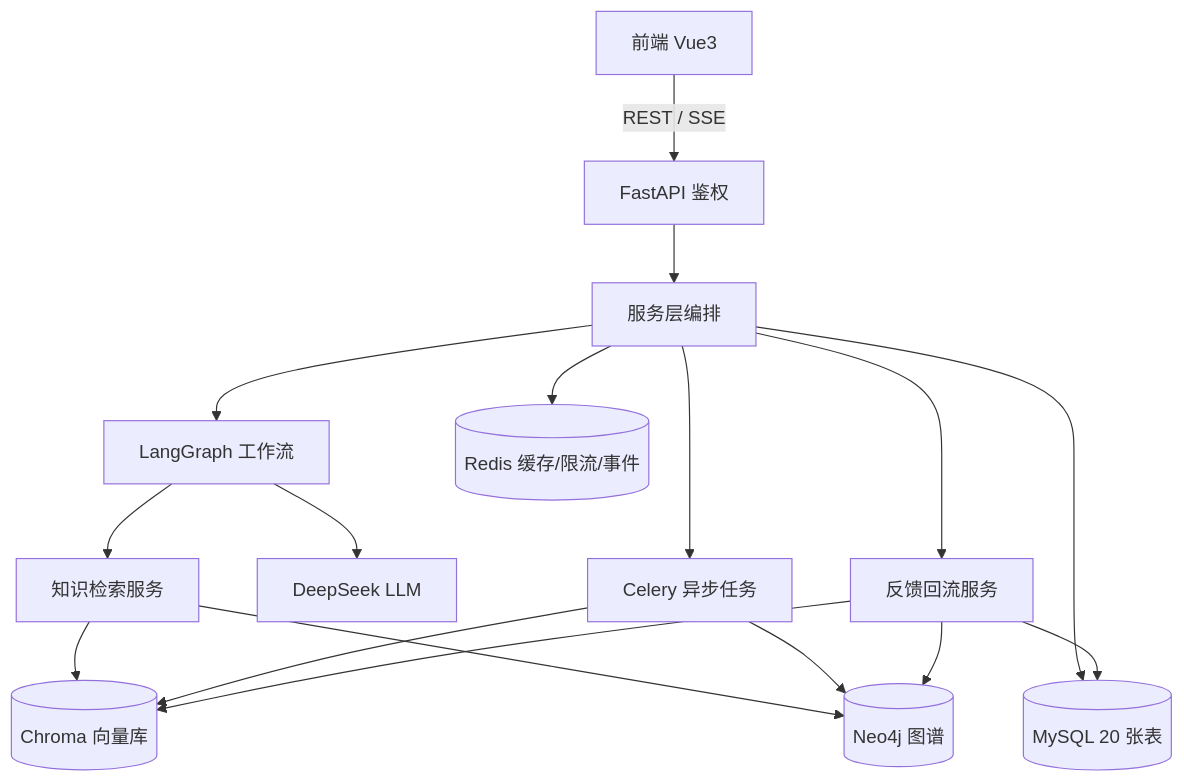
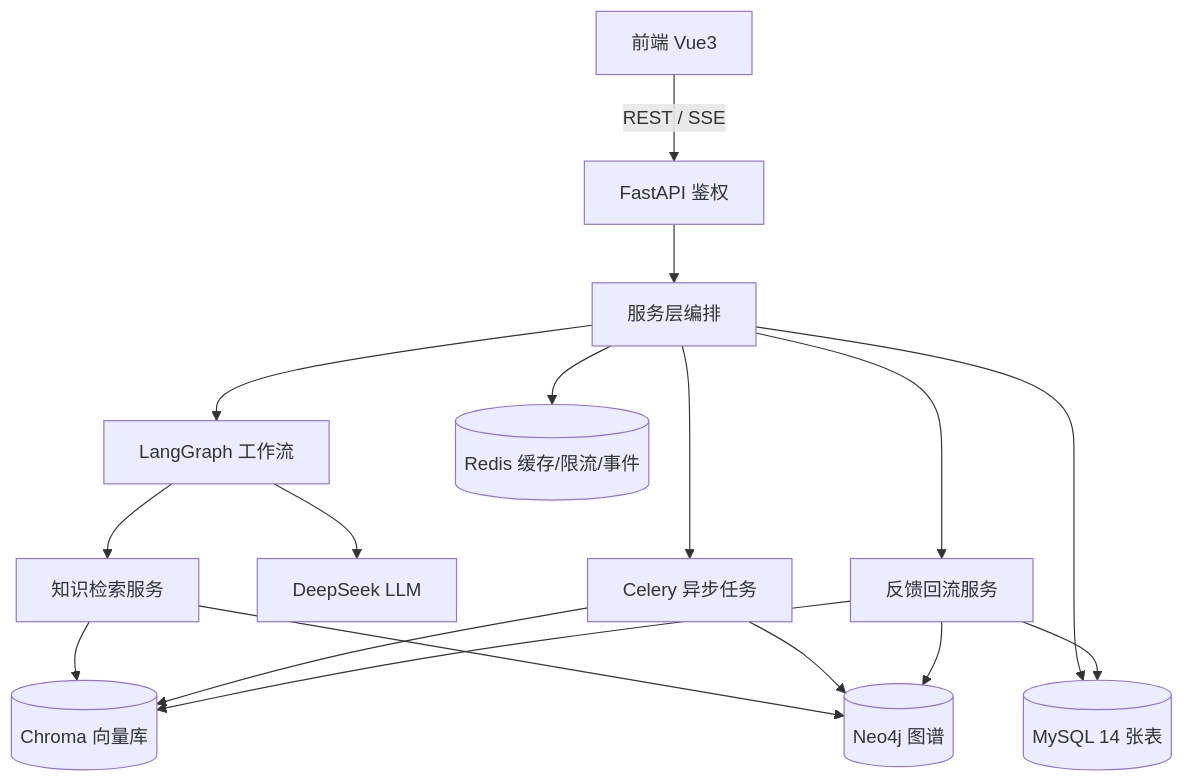
The second of 11 diagrams in SoloChef 项目分析报告.md (renyishu53/Sole-Cuisine), drawn with Mermaid before and after one commit. The commit also changed other lines of this file, not shown here.

````diff
--- a/SoloChef 项目分析报告.md
+++ b/SoloChef 项目分析报告.md
@@ -98,19 +100,19 @@
 ```mermaid
 flowchart TD
     UI[前端 Vue3] -->|REST / SSE| API[FastAPI 鉴权]
     API --> SVC[服务层编排]
-    SVC --> DB[(MySQL 20 张表)]
+    SVC --> DB[(MySQL 14 张表)]
     SVC --> WF[LangGraph 工作流]
     WF --> KS[知识检索服务]
     KS --> N4[(Neo4j 图谱)]
     KS --> CH[(Chroma 向量库)]
     WF --> LLM[DeepSeek LLM]
     SVC --> RD[(Redis 缓存/限流/事件)]
     SVC --> CE[Celery 异步任务]
     CE --> CH
     CE --> N4
     SVC --> FB[反馈回流服务]
     FB --> DB
     FB --> N4
     FB --> CH
 ```
````
